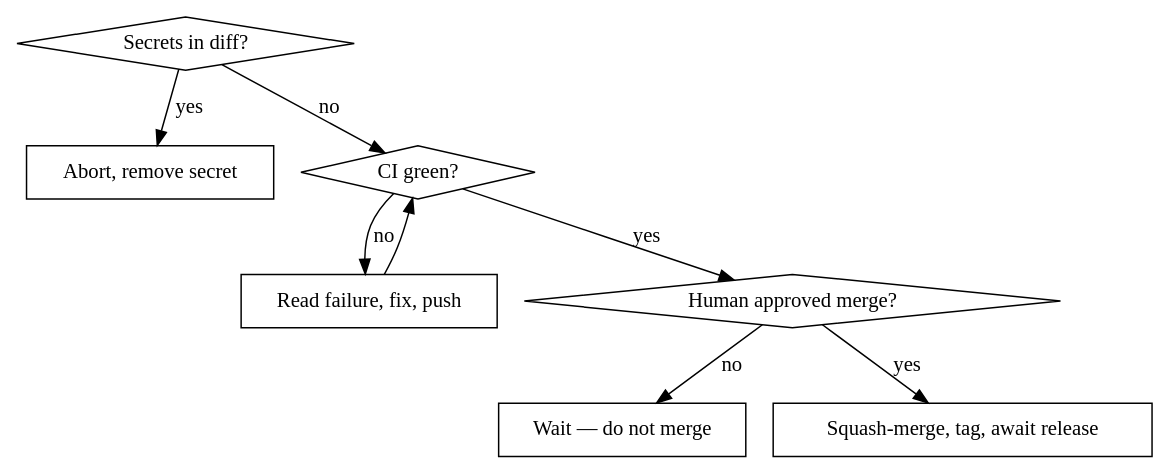
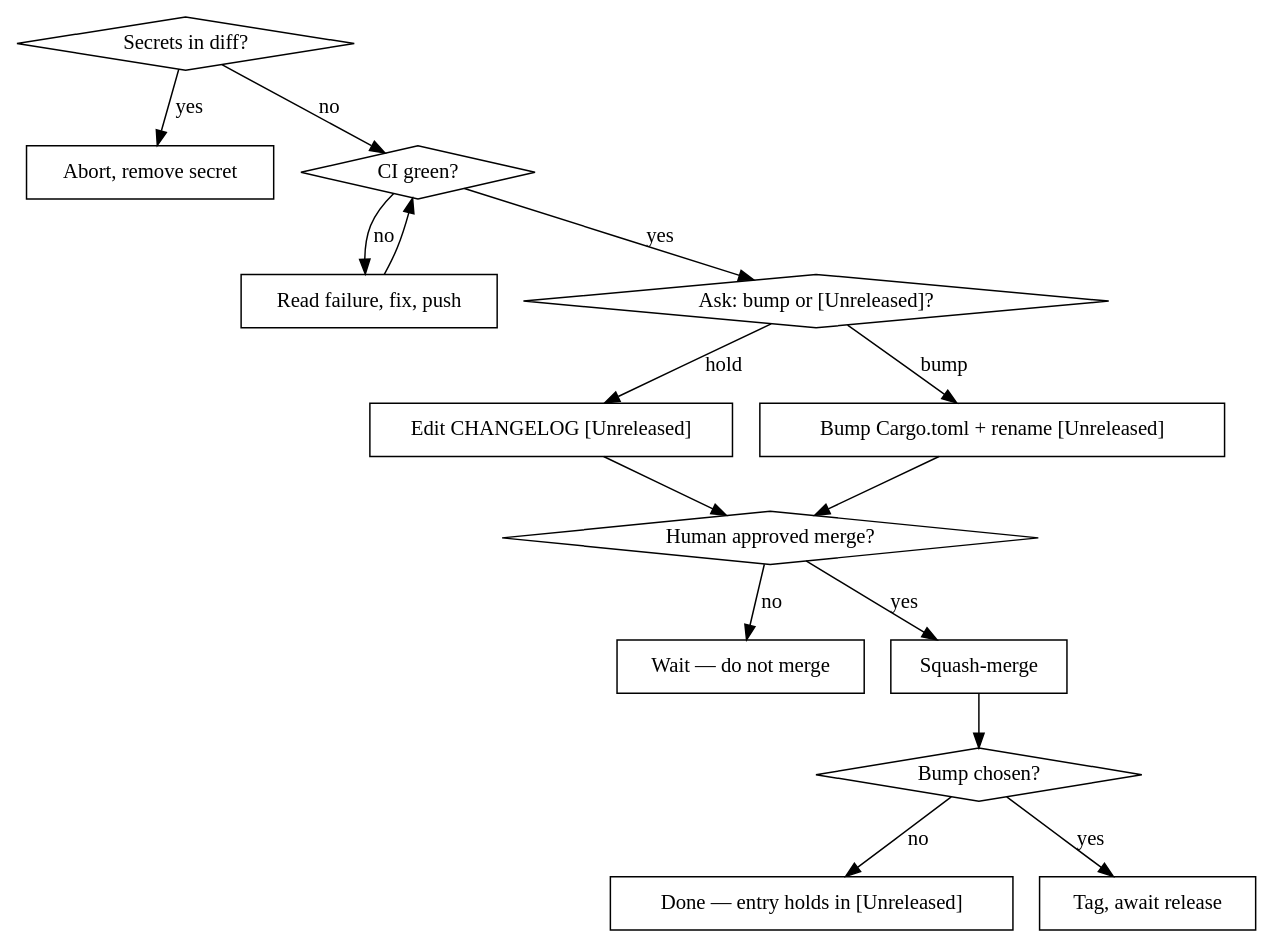
The diagram in .claude/skills/ship/SKILL.md (Fullstop000/ignis), drawn with Graphviz before and after one commit. The commit also changed other lines of this file, not shown here.

First line of the commit message:
docs(ship): ask user before CHANGELOG step — bump or [Unreleased], one PR

````diff
--- a/.claude/skills/ship/SKILL.md
+++ b/.claude/skills/ship/SKILL.md
@@ -21,19 +22,32 @@
 ```dot
 digraph ship {
     "Secrets in diff?" [shape=diamond];
     "Abort, remove secret" [shape=box];
     "CI green?" [shape=diamond];
     "Read failure, fix, push" [shape=box];
+    "Ask: bump or [Unreleased]?" [shape=diamond];
+    "Edit CHANGELOG [Unreleased]" [shape=box];
+    "Bump Cargo.toml + rename [Unreleased]" [shape=box];
     "Human approved merge?" [shape=diamond];
     "Wait — do not merge" [shape=box];
-    "Squash-merge, tag, await release" [shape=box];
+    "Squash-merge" [shape=box];
+    "Bump chosen?" [shape=diamond];
+    "Done — entry holds in [Unreleased]" [shape=box];
+    "Tag, await release" [shape=box];
 
     "Secrets in diff?" -> "Abort, remove secret" [label="yes"];
     "Secrets in diff?" -> "CI green?" [label="no"];
     "CI green?" -> "Read failure, fix, push" [label="no"];
     "Read failure, fix, push" -> "CI green?";
-    "CI green?" -> "Human approved merge?" [label="yes"];
+    "CI green?" -> "Ask: bump or [Unreleased]?" [label="yes"];
+    "Ask: bump or [Unreleased]?" -> "Edit CHANGELOG [Unreleased]" [label="hold"];
+    "Ask: bump or [Unreleased]?" -> "Bump Cargo.toml + rename [Unreleased]" [label="bump"];
+    "Edit CHANGELOG [Unreleased]" -> "Human approved merge?";
+    "Bump Cargo.toml + rename [Unreleased]" -> "Human approved merge?";
     "Human approved merge?" -> "Wait — do not merge" [label="no"];
-    "Human approved merge?" -> "Squash-merge, tag, await release" [label="yes"];
+    "Human approved merge?" -> "Squash-merge" [label="yes"];
+    "Squash-merge" -> "Bump chosen?";
+    "Bump chosen?" -> "Done — entry holds in [Unreleased]" [label="no"];
+    "Bump chosen?" -> "Tag, await release" [label="yes"];
 }
 ```
````
